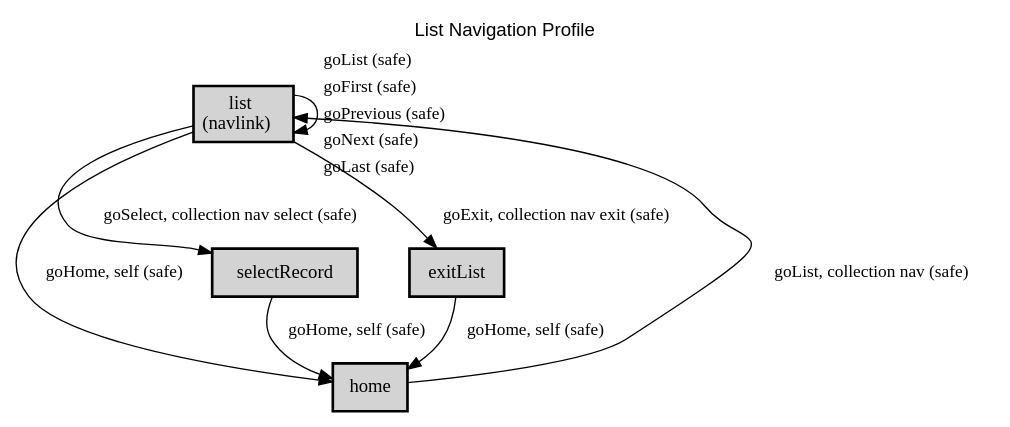
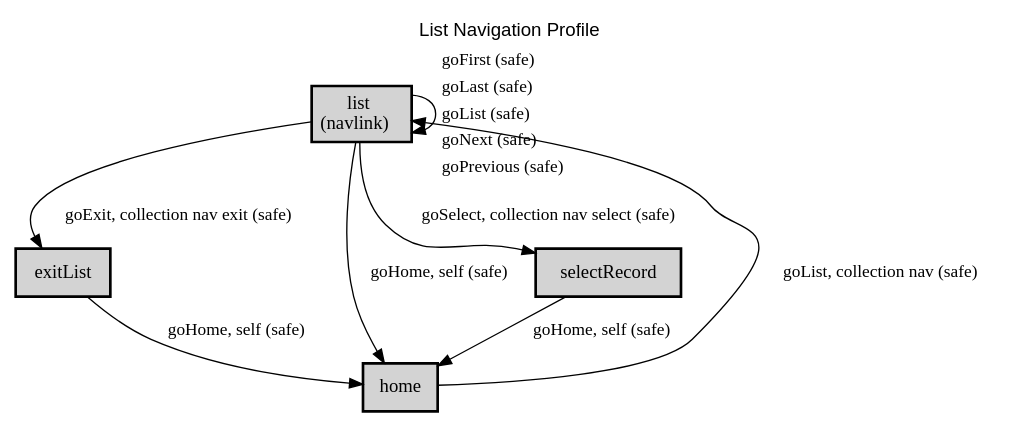
One commit to webapicookbook/alps-documents changed the diagram in docs/list/list.dot. Above: the diagram before and after it, drawn with Graphviz. The commit also changed 39 other files, not shown here.

```diff
--- a/docs/list/list.dot
+++ b/docs/list/list.dot
@@ -1,24 +1,24 @@
 digraph application_state_diagram {
   graph [
     labelloc="t";
     fontname="Helvetica"
     label="List Navigation Profile";
     URL="index.html" target="_parent"
   ];
   node [shape = box, style = "bold,filled" fillcolor="lightgray"];
 
     list [margin=0.02, label=<<table cellspacing="0" cellpadding="5" border="0"><tr><td>list<br />(navlink)<br /></td></tr></table>>,shape=box URL="docs/semantic.list.html" target="_parent"]
 
+    exitList -> home [label = "goHome, self (safe)" URL="docs/safe.goHome.html" target="_parent" fontsize=13];
     home -> list [label = "goList, collection nav (safe)" URL="docs/safe.goList.html" target="_parent" fontsize=13];
-    selectRecord -> home [label = "goHome, self (safe)" URL="docs/safe.goHome.html" target="_parent" fontsize=13];
-    exitList -> home [label = "goHome, self (safe)" URL="docs/safe.goHome.html" target="_parent" fontsize=13];
-    list -> list [label=<<table  border="0"><tr><td align="left" href="docs/safe.goList.html">goList (safe)</td></tr><tr><td align="left" href="docs/safe.goFirst.html">goFirst (safe)</td></tr><tr><td align="left" href="docs/safe.goPrevious.html">goPrevious (safe)</td></tr><tr><td align="left" href="docs/safe.goNext.html">goNext (safe)</td></tr><tr><td align="left" href="docs/safe.goLast.html">goLast (safe)</td></tr></table>> fontsize=13];
-    list -> selectRecord [label = "goSelect, collection nav select (safe)" URL="docs/safe.goSelect.html" target="_parent" fontsize=13];
     list -> exitList [label = "goExit, collection nav exit (safe)" URL="docs/safe.goExit.html" target="_parent" fontsize=13];
     list -> home [label = "goHome, self (safe)" URL="docs/safe.goHome.html" target="_parent" fontsize=13];
+    list -> list [label=<<table  border="0"><tr><td align="left" href="docs/safe.goFirst.html">goFirst (safe)</td></tr><tr><td align="left" href="docs/safe.goLast.html">goLast (safe)</td></tr><tr><td align="left" href="docs/safe.goList.html">goList (safe)</td></tr><tr><td align="left" href="docs/safe.goNext.html">goNext (safe)</td></tr><tr><td align="left" href="docs/safe.goPrevious.html">goPrevious (safe)</td></tr></table>> fontsize=13];
+    list -> selectRecord [label = "goSelect, collection nav select (safe)" URL="docs/safe.goSelect.html" target="_parent" fontsize=13];
+    selectRecord -> home [label = "goHome, self (safe)" URL="docs/safe.goHome.html" target="_parent" fontsize=13];
 
+    exitList [URL="docs/semantic.exitList.html" target="_parent"]
     home [URL="docs/semantic.home.html" target="_parent"]
     selectRecord [URL="docs/semantic.selectRecord.html" target="_parent"]
-    exitList [URL="docs/semantic.exitList.html" target="_parent"]
 
 }
```
